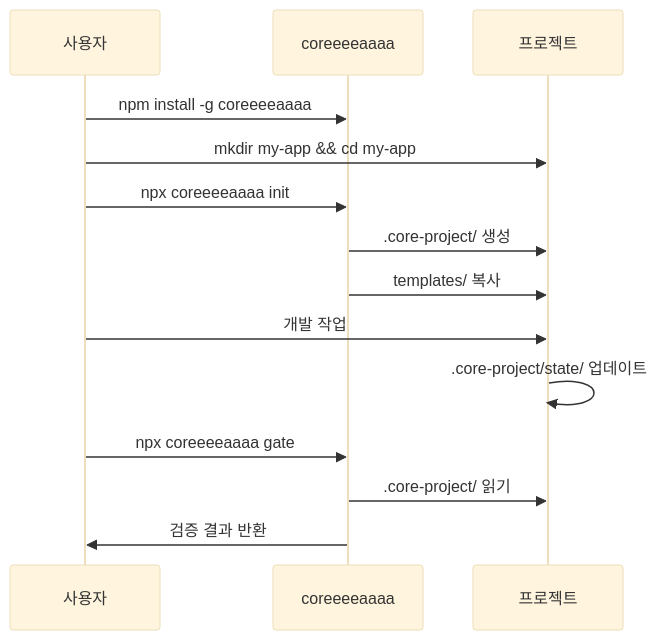
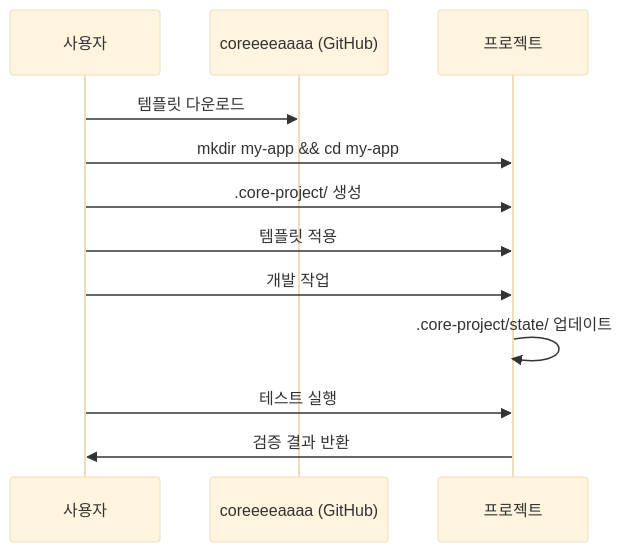
The diagram in STRUCTURE.md (coreeeeaaaa/coreeeeaaaa), drawn with Mermaid (base theme) before and after one commit. The commit also changed 1 other file, not shown here.

Commit message:
fix: npm/npx 참조 모두 제거
수정 내용:
- CANON.md: npm test → 테스트 통과
- CANON.md: npx init → 프로젝트 생성 절차로 변경
- STRUCTURE.md: Mermaid 다이어그램에서 npm/npx 제거
- 템플릿 다운로드 방식으로 변경

최종 정책:
- CLI 도구 없음
- npm 패키지 없음
- 템플릿 다운로드 후 수동 사용

````diff
--- a/STRUCTURE.md
+++ b/STRUCTURE.md
@@ -166,17 +166,15 @@
 ```mermaid
 sequenceDiagram
     participant User as 사용자
-    participant Framework as coreeeeaaaa
+    participant Framework as coreeeeaaaa (GitHub)
     participant Project as 프로젝트
 
-    User->>Framework: npm install -g coreeeeaaaa
+    User->>Framework: 템플릿 다운로드
     User->>Project: mkdir my-app && cd my-app
-    User->>Framework: npx coreeeeaaaa init
-    Framework->>Project: .core-project/ 생성
-    Framework->>Project: templates/ 복사
+    User->>Project: .core-project/ 생성
+    User->>Project: 템플릿 적용
     User->>Project: 개발 작업
     Project->>Project: .core-project/state/ 업데이트
-    User->>Framework: npx coreeeeaaaa gate
-    Framework->>Project: .core-project/ 읽기
-    Framework->>User: 검증 결과 반환
+    User->>Project: 테스트 실행
+    Project->>User: 검증 결과 반환
 ```
````
